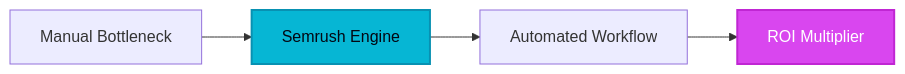
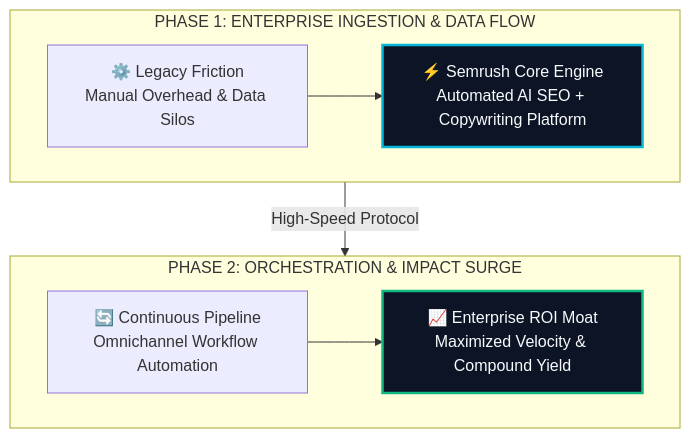
One commit to heliatech-media/saas-radar changed the diagram in site/src/content/blog/semrush-evolution-guide-2026.md. Above: the diagram before and after it, drawn with Mermaid. The commit also changed 97 other files, not shown here.

First line of the commit message:
feat(diagrams): upgrade all article architecture schemas to high-impact 2-tier responsive vector blueprints

````diff
--- a/site/src/content/blog/semrush-evolution-guide-2026.md
+++ b/site/src/content/blog/semrush-evolution-guide-2026.md
@@ -61,8 +61,14 @@
 ```mermaid
-flowchart LR
-    A[Manual Bottleneck] --> B[Semrush Engine]
-    B --> C[Automated Workflow]
-    C --> D[ROI Multiplier]
-    style B fill:#06b6d4,stroke:#0891b2,stroke-width:2px,color:#030712
-    style D fill:#d946ef,stroke:#c026d3,stroke-width:2px,color:#ffffff
+flowchart TD
+    subgraph S1["PHASE 1: ENTERPRISE INGESTION & DATA FLOW"]
+        direction LR
+        A["⚙️ Legacy Friction<br/>Manual Overhead & Data Silos"] --> B["⚡ Semrush Core Engine<br/>Automated AI SEO + Copywriting Platform"]
+    end
+    subgraph S2["PHASE 2: ORCHESTRATION & IMPACT SURGE"]
+        direction LR
+        C["🔄 Continuous Pipeline<br/>Omnichannel Workflow Automation"] --> D["📈 Enterprise ROI Moat<br/>Maximized Velocity & Compound Yield"]
+    end
+    S1 -->|High-Speed Protocol| S2
+    style B fill:#0c1425,stroke:#06b6d4,stroke-width:2.5px,color:#f8fafc
+    style D fill:#0c1425,stroke:#10b981,stroke-width:2.5px,color:#f8fafc
 ```
````
